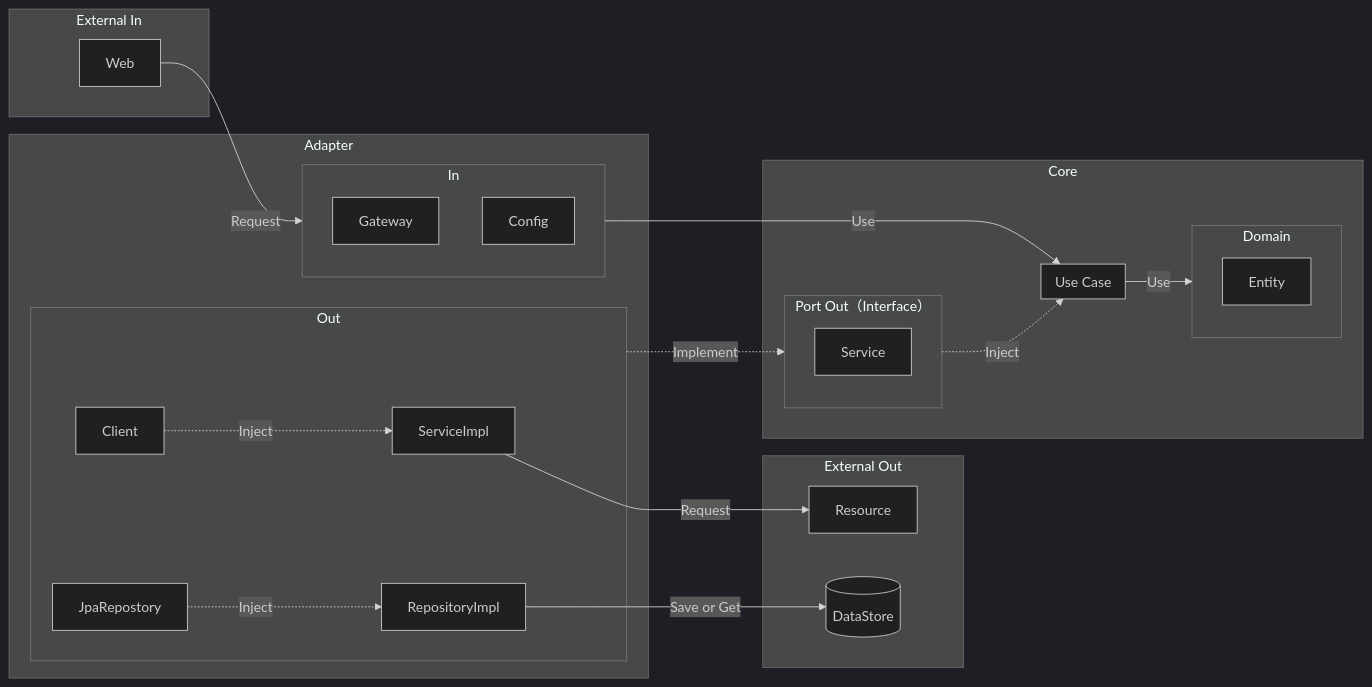
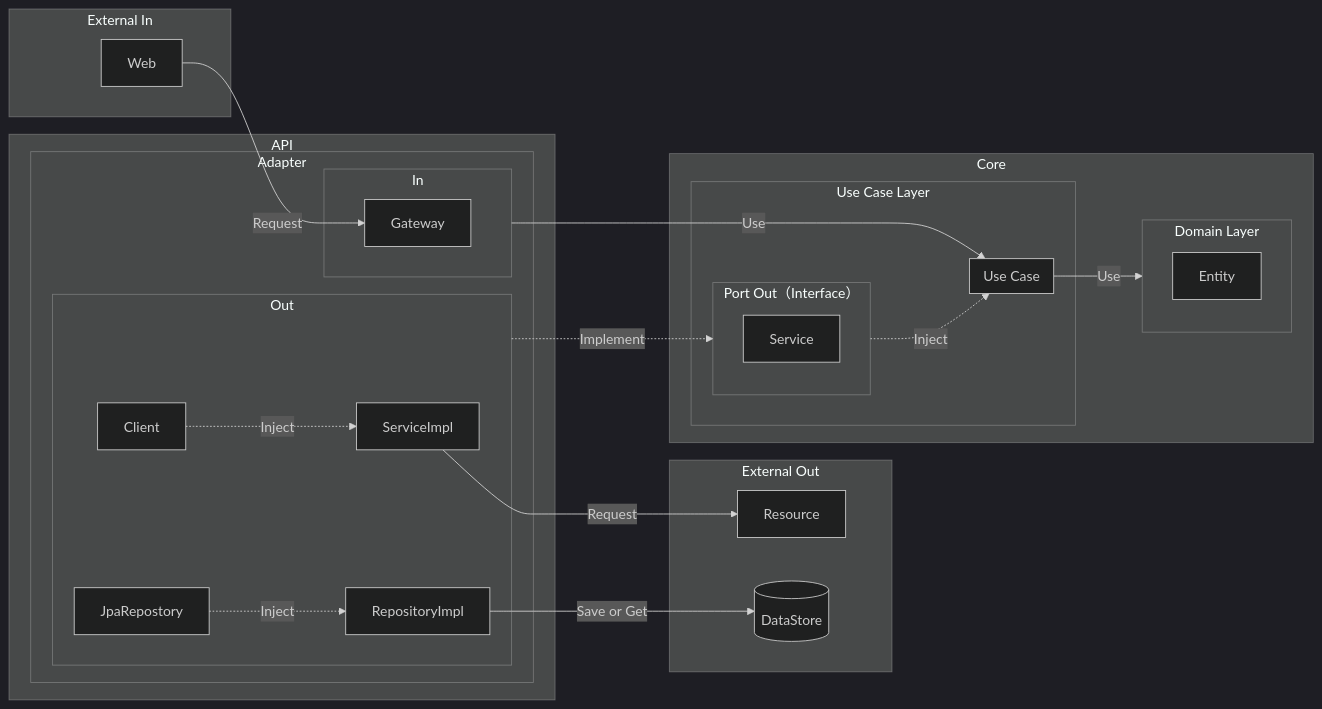
Before and after one commit to axuanhogan/clean-architecture-implementation: the diagram in README.md, drawn with Mermaid (dark theme). The commit also changed 16 other files, not shown here.

````diff
--- a/README.md
+++ b/README.md
@@ -7,48 +7,51 @@
 ```mermaid
 graph LR
 		
 	subgraph External Out
 		resource[Resource]
 		data-store[(DataStore)]
 	end
 		
 	subgraph External In
 		web[Web]
 	end
 	
-	subgraph adapter[Adapter]
-		subgraph adapter-in[In]
-			adapter-in-gateway[Gateway]
-			adapter-in-config[Config]
+	subgraph api[API]
+        subgraph adapter[Adapter]
+            subgraph adapter-in[In]
+                adapter-in-gateway[Gateway]
+            end
+            subgraph adapter-out[Out]
+                adapter-out-service-impl[ServiceImpl]
+                adapter-out-repo-impl[RepositoryImpl]
+                adapter-out-client[Client]
+                adapter-out-jpa-repostory[JpaRepostory]
+            end
+        end
+    end
+	
+	subgraph core[Core]
+		subgraph domain-layer[Domain Layer]
+			Entity
 		end
-		subgraph adapter-out[Out]
-			adapter-out-service-impl[ServiceImpl]
-			adapter-out-repo-impl[RepositoryImpl]
-			adapter-out-client[Client]
-			adapter-out-jpa-repostory[JpaRepostory]
+		subgraph use-case-layer[Use Case Layer]
+            subgraph port-out[Port Out（Interface）]
+                port-out-service[Service]
+            end
+            subgraph use-case[Use Case]
+            end
 		end
 	end
 	
-	subgraph core[Core]
-		subgraph domain[Domain]
-			Entity
-		end
-		subgraph use-case[Use Case]
-		end
-		subgraph core-port-out[Port Out（Interface）]
-			core-port-out-service[Service]
-		end
-	end
-	
-	web -- Request --> adapter-in
+	web -- Request --> adapter-in-gateway
 	
 	adapter-in -- Use --> use-case
-	use-case -- Use --> domain
+	use-case -- Use --> domain-layer
 	adapter-out-client -. Inject .-> adapter-out-service-impl
 	adapter-out-jpa-repostory -. Inject .-> adapter-out-repo-impl
-	adapter-out -. Implement .-> core-port-out
-	core-port-out -. Inject .-> use-case
+	adapter-out -. Implement .-> port-out
+	port-out -. Inject .-> use-case
 	
 	adapter-out-repo-impl -- Save or Get --> data-store
 	adapter-out-service-impl -- Request --> resource
 ```
````
